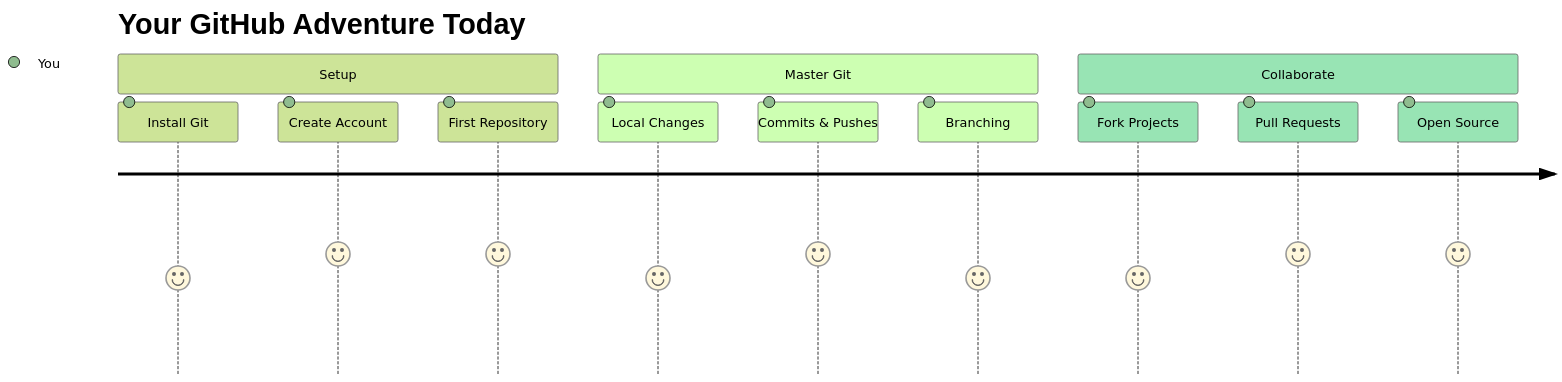
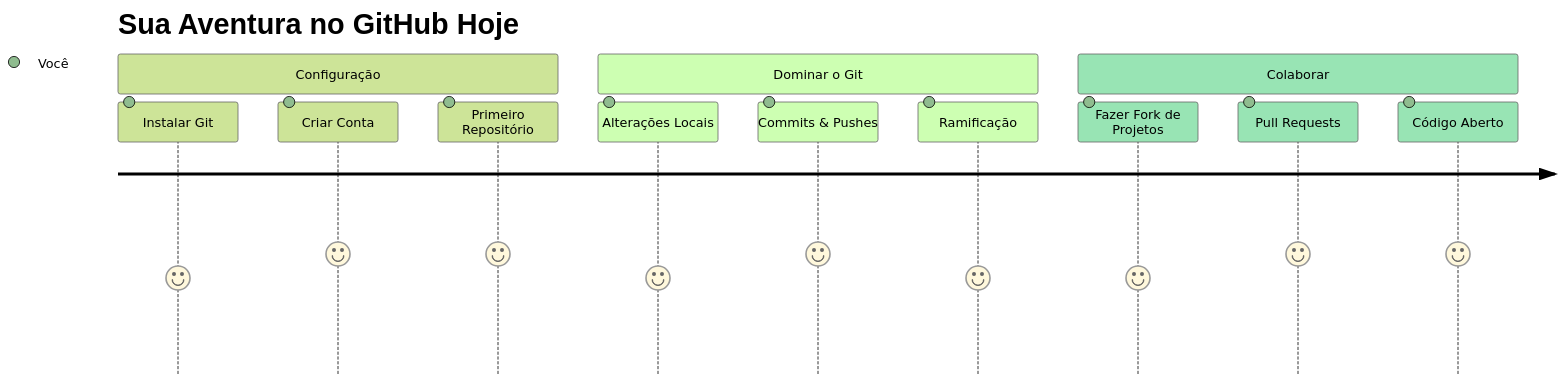
One commit to microsoft/Web-Dev-For-Beginners changed the first of 7 diagrams in translations/br/1-getting-started-lessons/2-github-basics/README.md. Above: the diagram before and after it, drawn with Mermaid (forest theme). The commit also changed other lines of this file and 17 other files, not shown here.

````diff
--- a/translations/br/1-getting-started-lessons/2-github-basics/README.md
+++ b/translations/br/1-getting-started-lessons/2-github-basics/README.md
@@ -23,16 +23,16 @@
 ```mermaid
 journey
-    title Your GitHub Adventure Today
-    section Setup
-      Install Git: 4: You
-      Create Account: 5: You
-      First Repository: 5: You
-    section Master Git
-      Local Changes: 4: You
-      Commits & Pushes: 5: You
-      Branching: 4: You
-    section Collaborate
-      Fork Projects: 4: You
-      Pull Requests: 5: You
-      Open Source: 5: You
+    title Sua Aventura no GitHub Hoje
+    section Configuração
+      Instalar Git: 4: Você
+      Criar Conta: 5: Você
+      Primeiro Repositório: 5: Você
+    section Dominar o Git
+      Alterações Locais: 4: Você
+      Commits & Pushes: 5: Você
+      Ramificação: 4: Você
+    section Colaborar
+      Fazer Fork de Projetos: 4: Você
+      Pull Requests: 5: Você
+      Código Aberto: 5: Você
 ```
````
